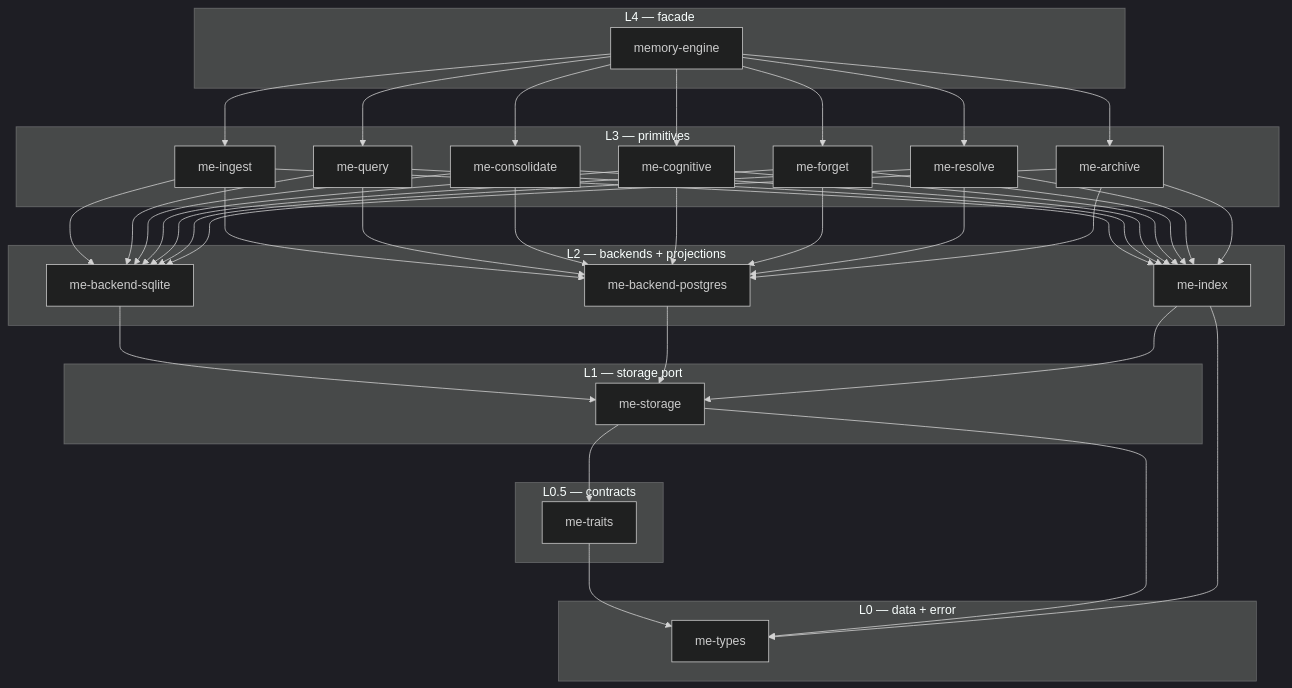
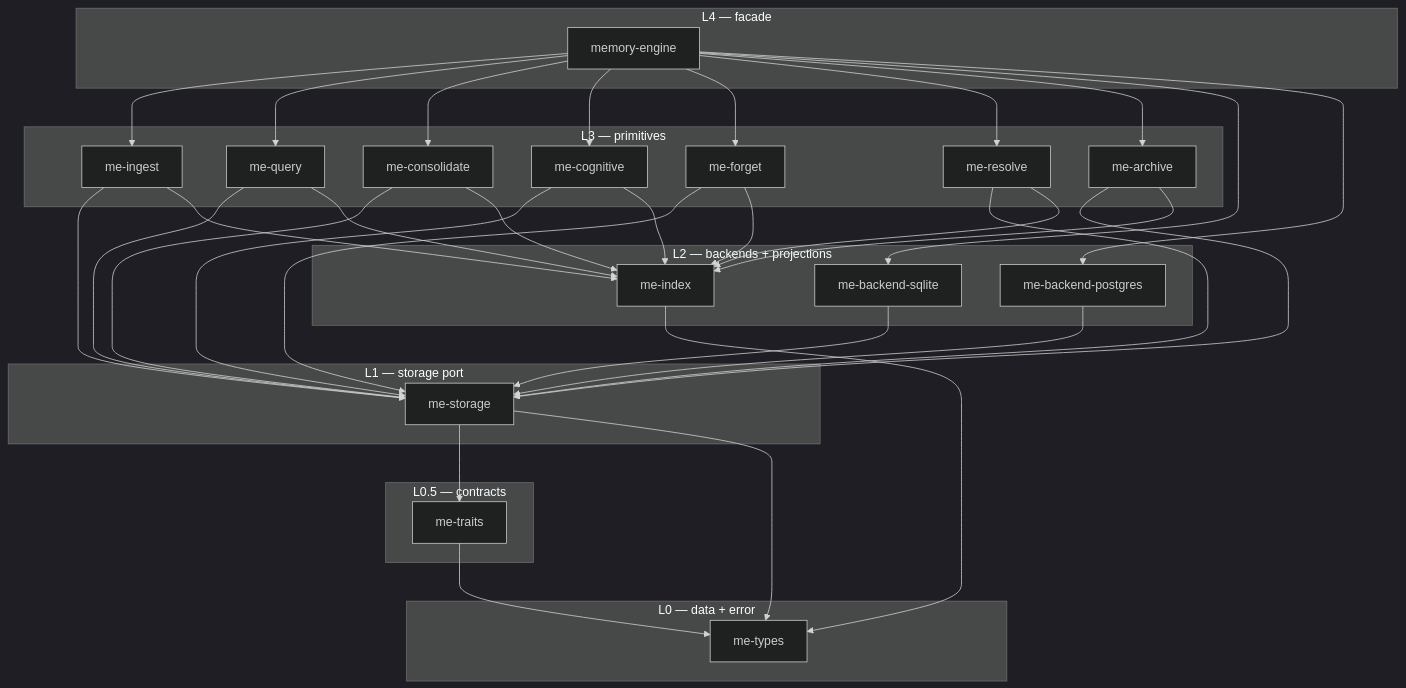
Before and after one commit to dutiona/memory-engine: the diagram in docs/reference/crate-layout.md, drawn with Mermaid (dark theme). The commit also changed other lines of this file and 13 other files, not shown here.

````diff
--- a/docs/reference/crate-layout.md
+++ b/docs/reference/crate-layout.md
@@ -22,37 +29,38 @@
 ```{mermaid}
 graph TD
     subgraph L4["L4 — facade"]
         facade["memory-engine"]
     end
     subgraph L3["L3 — primitives"]
         ingest["me-ingest"]
         query["me-query"]
         consolidate["me-consolidate"]
         cognitive["me-cognitive"]
         forget["me-forget"]
         resolve["me-resolve"]
         archive["me-archive"]
     end
     subgraph L2["L2 — backends + projections"]
         sqlite["me-backend-sqlite"]
         postgres["me-backend-postgres"]
         index["me-index"]
     end
     subgraph L1["L1 — storage port"]
         storage["me-storage"]
     end
     subgraph L05["L0.5 — contracts"]
         traits["me-traits"]
     end
     subgraph L0["L0 — data + error"]
         types["me-types"]
     end
 
     facade --> ingest & query & consolidate & cognitive & forget & resolve & archive
-    ingest & query & consolidate & cognitive & forget & resolve & archive --> sqlite & postgres & index
-    sqlite & postgres & index --> storage
+    facade --> sqlite & postgres
+    ingest & query & consolidate & cognitive & forget & resolve & archive --> storage & index
+    sqlite & postgres --> storage
     storage --> traits
+    storage --> types
     traits --> types
-    storage --> types
     index --> types
 ```
````
